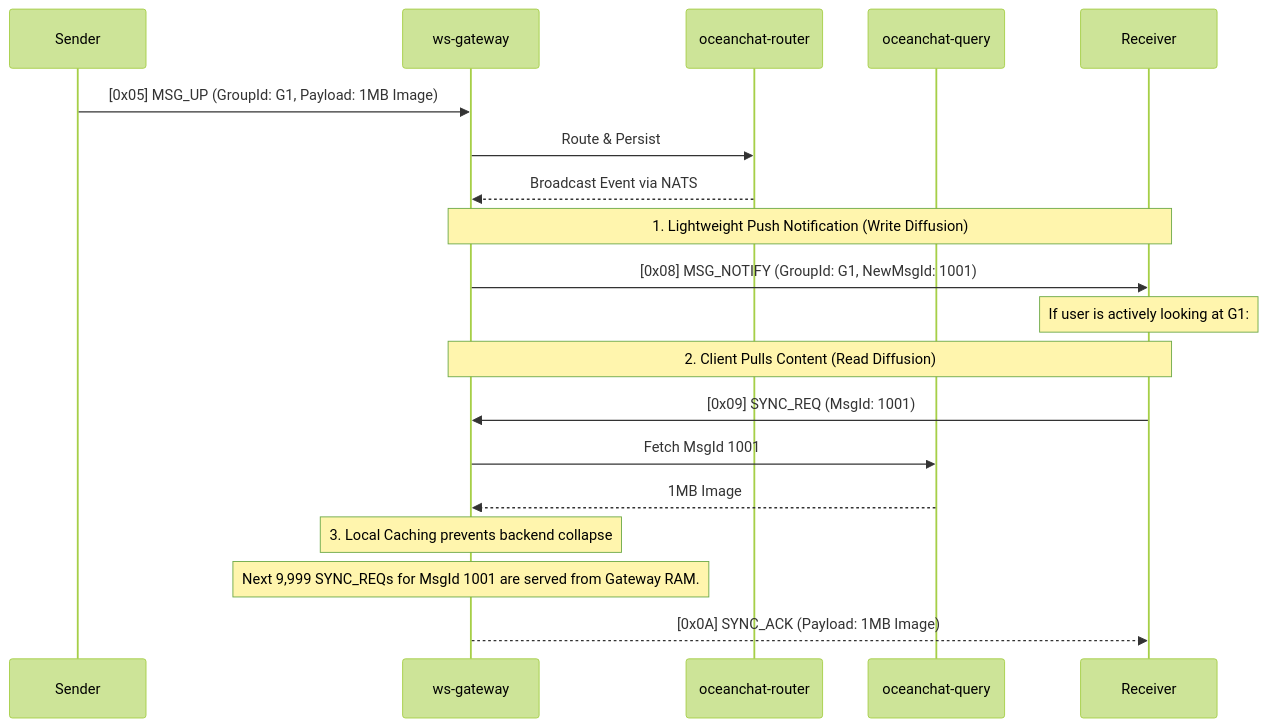
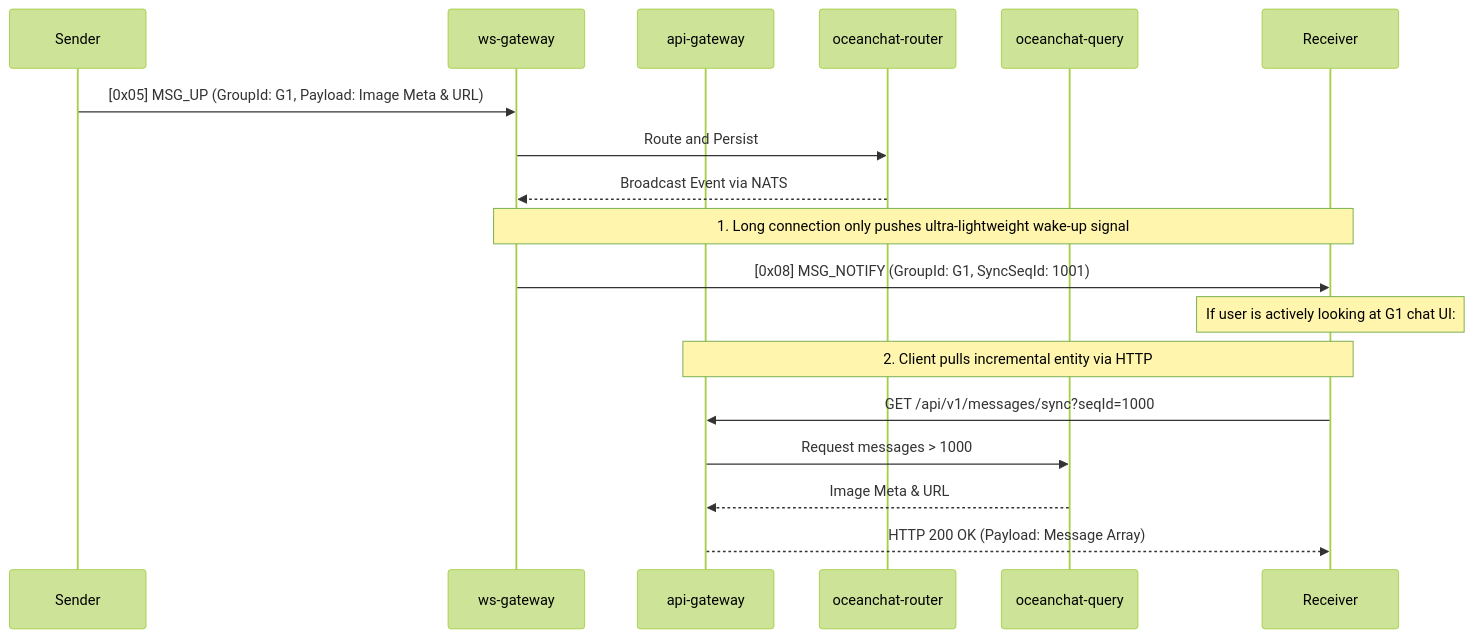
The third of 5 diagrams in docs/devdocs/monkey-protocol-spec.md (JamesWilson19970101/ocean.chat.docs), drawn with Mermaid (forest theme) before and after one commit. The commit also changed other lines of this file and 16 other files, not shown here.

First line of the commit message:
docs: Refine message delivery, NATS JetStream, and reliability architecture

````diff
--- a/docs/devdocs/monkey-protocol-spec.md
+++ b/docs/devdocs/monkey-protocol-spec.md
@@ -163,27 +167,25 @@
 ```mermaid
 sequenceDiagram
     participant Sender
     participant Gateway as ws-gateway
+    participant APIGateway as api-gateway
     participant Router as oceanchat-router
     participant Query as oceanchat-query
     participant Receiver
 
-    Sender->>Gateway: [0x05] MSG_UP (GroupId: G1, Payload: 1MB Image)
-    Gateway->>Router: Route & Persist
+    Sender->>Gateway: [0x05] MSG_UP (GroupId: G1, Payload: Image Meta & URL)
+    Gateway->>Router: Route and Persist
     Router-->>Gateway: Broadcast Event via NATS
 
-    note over Gateway, Receiver: 1. Lightweight Push Notification (Write Diffusion)
-    Gateway->>Receiver: [0x08] MSG_NOTIFY (GroupId: G1, NewMsgId: 1001)
+    note over Gateway, Receiver: 1. Long connection only pushes ultra-lightweight wake-up signal
+    Gateway->>Receiver: [0x08] MSG_NOTIFY (GroupId: G1, SyncSeqId: 1001)
 
-    note over Receiver: If user is actively looking at G1:
-    note over Gateway, Receiver: 2. Client Pulls Content (Read Diffusion)
-    Receiver->>Gateway: [0x09] SYNC_REQ (MsgId: 1001)
+    note over Receiver: If user is actively looking at G1 chat UI:
+    note over Receiver, APIGateway: 2. Client pulls incremental entity via HTTP
+    Receiver->>APIGateway: GET /api/v1/messages/sync?seqId=1000
 
-    Gateway->>Query: Fetch MsgId 1001
-    Query-->>Gateway: 1MB Image
+    APIGateway->>Query: Request messages > 1000
+    Query-->>APIGateway: Image Meta & URL
 
-    note over Gateway: 3. Local Caching prevents backend collapse
-    note over Gateway: Next 9,999 SYNC_REQs for MsgId 1001 are served from Gateway RAM.
-
-    Gateway-->>Receiver: [0x0A] SYNC_ACK (Payload: 1MB Image)
+    APIGateway-->>Receiver: HTTP 200 OK (Payload: Message Array)
 ```
````
